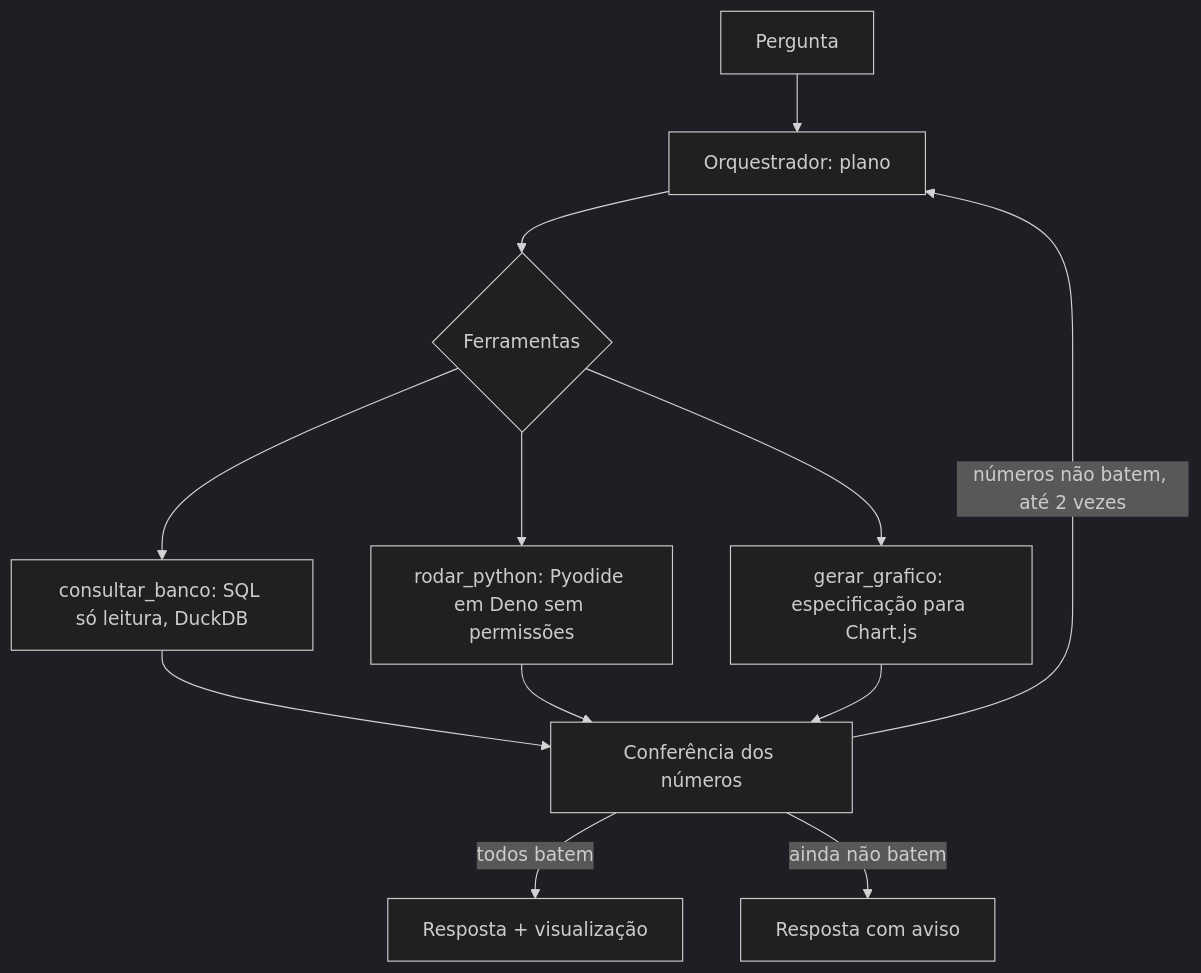
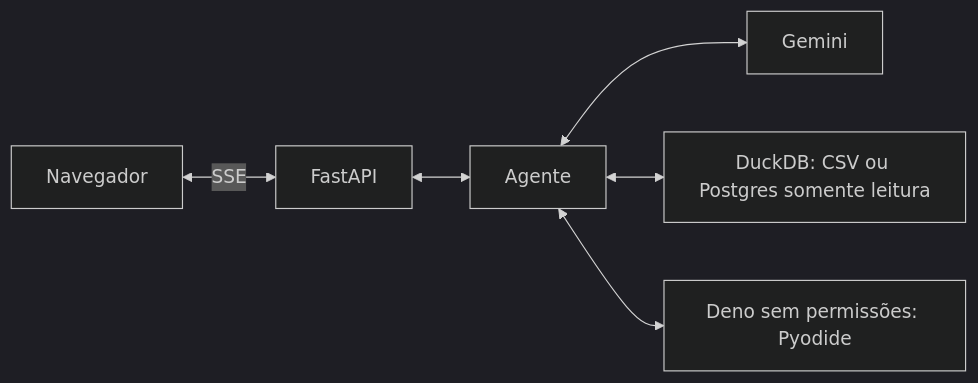
One commit to danielsouzaa7/analista-dados-ia changed the diagram in README.md. Above: the diagram before and after it, drawn with Mermaid (dark theme). The commit also changed other lines of this file and 14 other files, not shown here.

Commit message:
fix: harden frontend stream, charts and a11y; add engineering docs

````diff
--- a/README.md
+++ b/README.md
@@ -7,14 +60,7 @@
 ```mermaid
-flowchart TD
-    P[Pergunta] --> O[Orquestrador: plano]
-    O --> F{Ferramentas}
-    F --> S[consultar_banco: SQL só leitura, DuckDB]
-    F --> Y[rodar_python: Pyodide em Deno sem permissões]
-    F --> G[gerar_grafico: especificação para Chart.js]
-    S --> C[Conferência dos números]
-    Y --> C
-    G --> C
-    C -- todos batem --> R[Resposta + visualização]
-    C -- números não batem, até 2 vezes --> O
-    C -- ainda não batem --> A[Resposta com aviso]
+flowchart LR
+    N[Navegador] <-- SSE --> F[FastAPI] <--> A[Agente]
+    A <--> G[Gemini]
+    A <--> D[DuckDB: CSV ou Postgres somente leitura]
+    A <--> S[Deno sem permissões: Pyodide]
 ```
````
